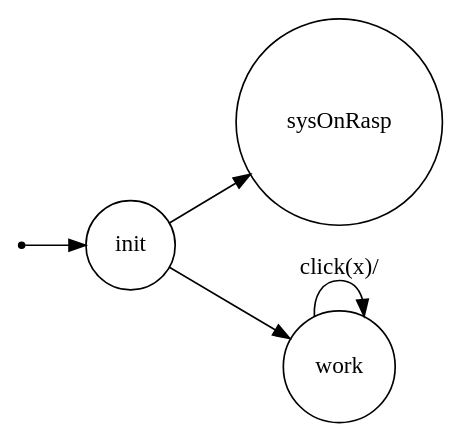
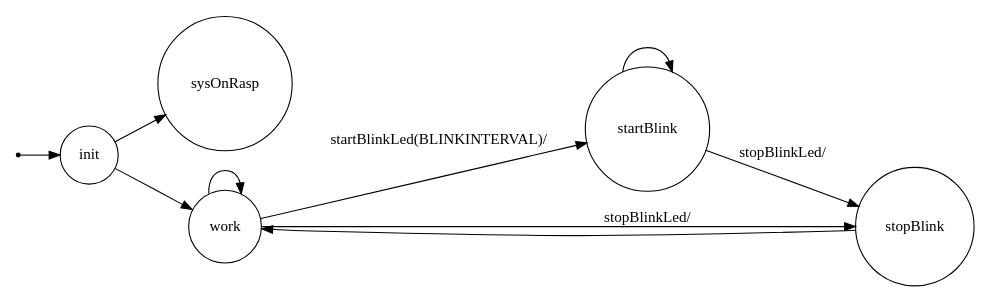
The diagram in bls.distributed.DB-master/src/dist/srcMore/it/unibo/myled/dotFsm.gv (Mikelainz/ISS), drawn with Graphviz before and after one commit. The commit also changed 265 other files, not shown here.

```diff
--- a/bls.distributed.DB-master/src/dist/srcMore/it/unibo/myled/dotFsm.gv
+++ b/bls.distributed.DB-master/src/dist/srcMore/it/unibo/myled/dotFsm.gv
@@ -1,23 +1,30 @@
 /*
 *
 * A GraphViz DOT FSM description 
 * Please use a GraphViz visualizer (like http://www.webgraphviz.com)
 * 
 * Generated by AM,NC,RM
 *  
 */
  
 digraph finite_state_machine {
   	rankdir=LR;
   	size="8,5"
   	node [shape = point]; iniziale;
   	node [shape = doublecircle]; 
   	node [shape = circle];
   	iniziale -> init [label = ""];
   	
   	
   	init -> sysOnRasp [ label = ""];
   	init -> work [ label = ""];
   	
-  	work -> work [ label = "click(x)/"];
+  	work -> work [ label = ""];
+  	work -> startBlink [ label = "startBlinkLed(BLINKINTERVAL)/"];
+  	work -> stopBlink [ label = "stopBlinkLed/"];
+  	
+  	startBlink -> startBlink [ label = ""];
+  	startBlink -> stopBlink [ label = "stopBlinkLed/"];
+  	
+  	stopBlink -> work [ label = ""];
 }
```
